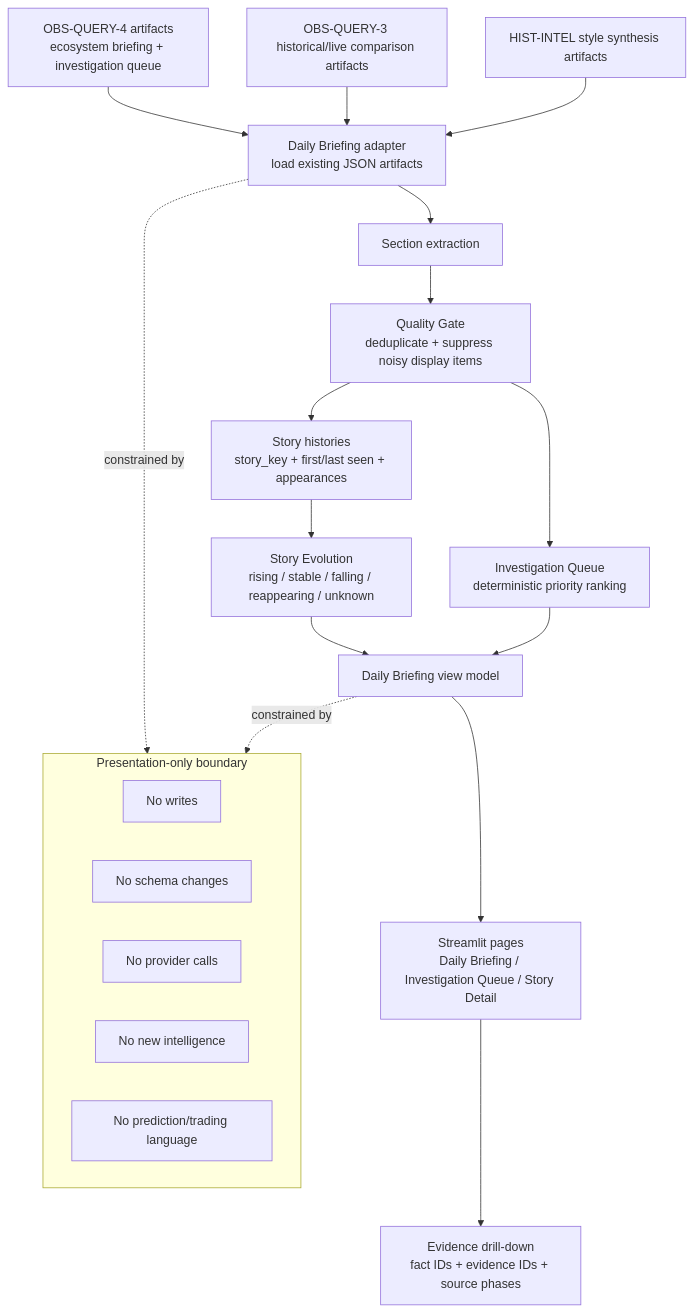
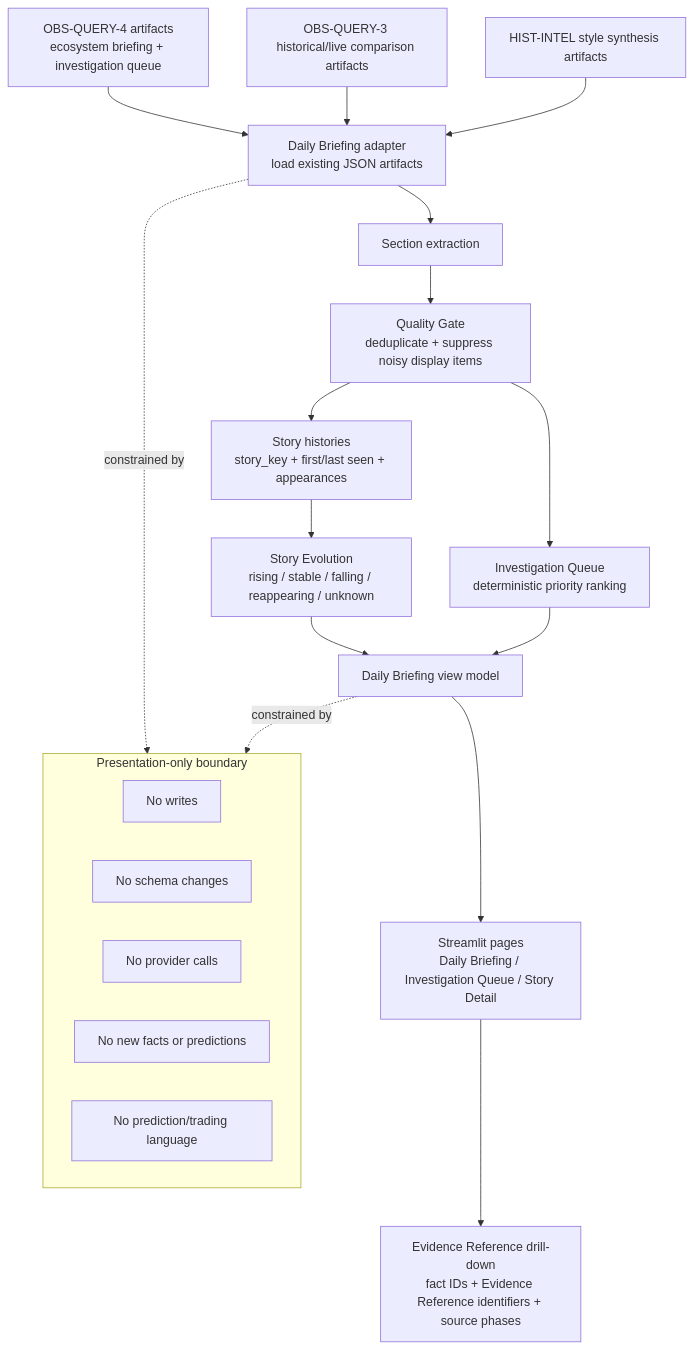
One commit to qeqeqeqeai-sys/ai-portfolio-production-pipeline changed the diagram in whitepaper_source_pack/diagrams/consumption_layer_architecture.md. Above: the diagram before and after it, drawn with Mermaid. The commit also changed 18 other files, not shown here.

Commit message:
Normalize source pack architecture semantics

````diff
--- a/whitepaper_source_pack/diagrams/consumption_layer_architecture.md
+++ b/whitepaper_source_pack/diagrams/consumption_layer_architecture.md
@@ -3,26 +3,26 @@
 ```mermaid
 flowchart TD
     OQ4[OBS-QUERY-4 artifacts\necosystem briefing + investigation queue] --> L[Daily Briefing adapter\nload existing JSON artifacts]
     OQ3[OBS-QUERY-3 historical/live comparison artifacts] --> L
     HI[HIST-INTEL style synthesis artifacts] --> L
     L --> S[Section extraction]
     S --> G[Quality Gate\ndeduplicate + suppress noisy display items]
     G --> H[Story histories\nstory_key + first/last seen + appearances]
     H --> E[Story Evolution\nrising / stable / falling / reappearing / unknown]
     G --> I[Investigation Queue\ndeterministic priority ranking]
     E --> D[Daily Briefing view model]
     I --> D
     D --> UI[Streamlit pages\nDaily Briefing / Investigation Queue / Story Detail]
-    UI --> X[Evidence drill-down\nfact IDs + evidence IDs + source phases]
+    UI --> X[Evidence Reference drill-down\nfact IDs + Evidence Reference identifiers + source phases]
 
     subgraph PresentationBoundary[Presentation-only boundary]
         P1[No writes]
         P2[No schema changes]
         P3[No provider calls]
-        P4[No new intelligence]
+        P4[No new facts or predictions]
         P5[No prediction/trading language]
     end
 
     L -. constrained by .-> PresentationBoundary
     D -. constrained by .-> PresentationBoundary
 ```
````
